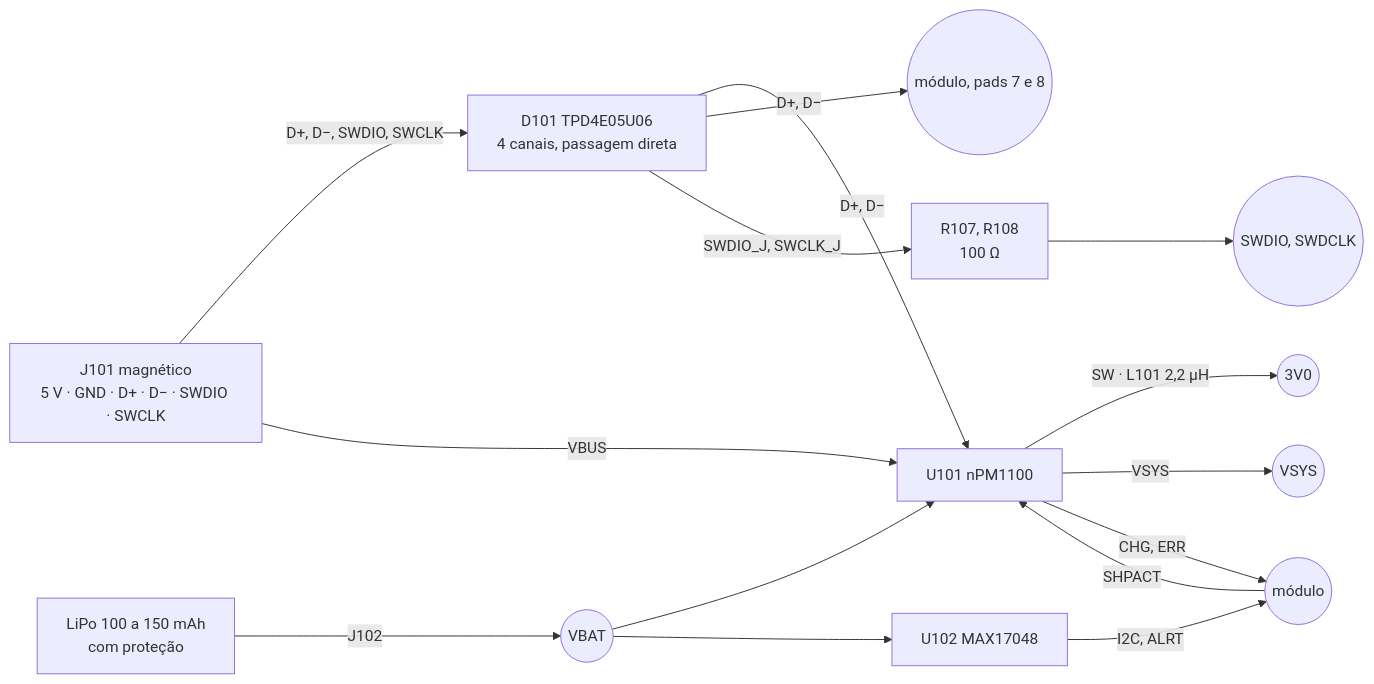
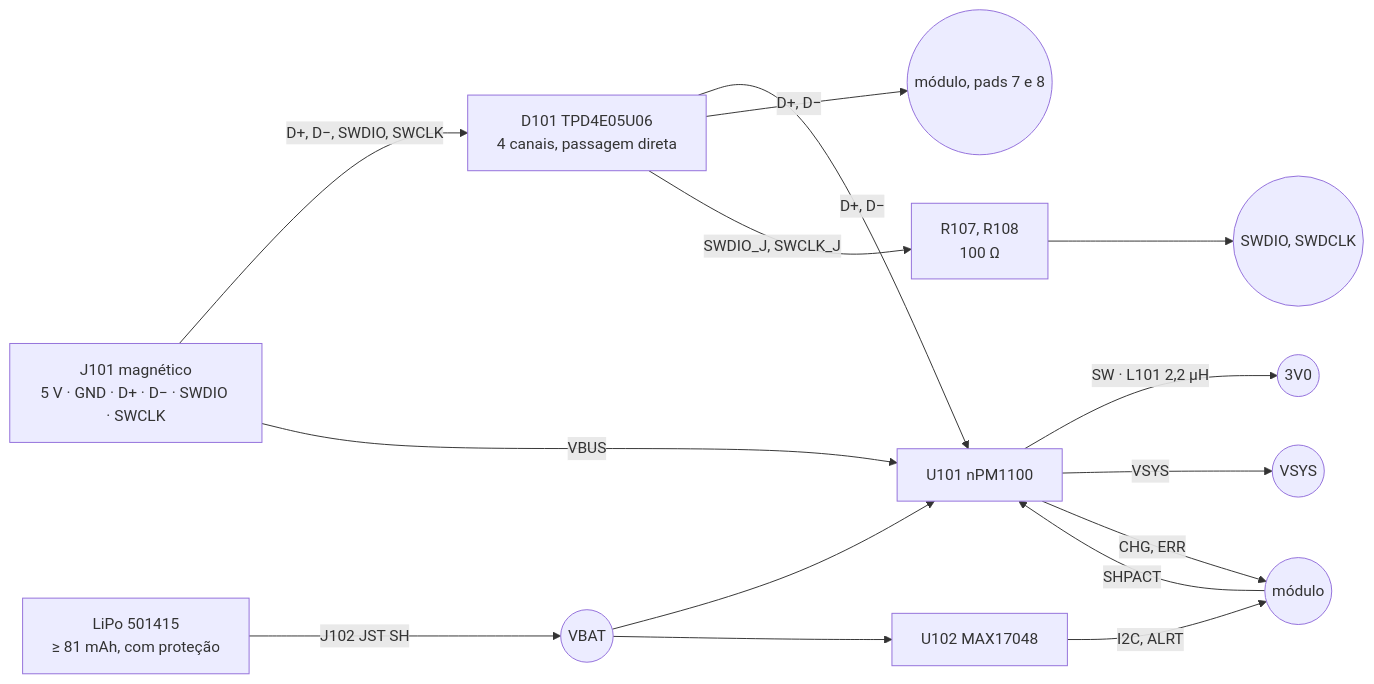
Before and after one commit to Guiimartinho/bike-powermeter: the second of 5 diagrams in hardware_powermeter/02-esquematico.md, drawn with Mermaid. The commit also changed 15 other files, not shown here.

````diff
--- a/hardware_powermeter/02-esquematico.md
+++ b/hardware_powermeter/02-esquematico.md
@@ -77,18 +77,18 @@
 ```mermaid
 flowchart LR
     CON["J101 magnético<br/>5 V · GND · D+ · D− · SWDIO · SWCLK"]
     TVS["D101 TPD4E05U06<br/>4 canais, passagem direta"]
     CON -->|"D+, D−, SWDIO, SWCLK"| TVS
     CON -->|"VBUS"| NPM["U101 nPM1100"]
     TVS -->|"D+, D−"| NPM
     TVS -->|"D+, D−"| MOD(("módulo, pads 7 e 8"))
     TVS -->|"SWDIO_J, SWCLK_J"| RS["R107, R108<br/>100 Ω"] --> SWD(("SWDIO, SWDCLK"))
-    CELL["LiPo 100 a 150 mAh<br/>com proteção"] -->|"J102"| VBAT(("VBAT"))
+    CELL["LiPo 501415<br/>≥ 81 mAh, com proteção"] -->|"J102 JST SH"| VBAT(("VBAT"))
     VBAT --> NPM
     VBAT --> GAUGE["U102 MAX17048"]
     NPM -->|"SW · L101 2,2 µH"| R3V0(("3V0"))
     NPM -->|"VSYS"| VSYS(("VSYS"))
     NPM -->|"CHG, ERR"| MCU(("módulo"))
     MCU -->|"SHPACT"| NPM
     GAUGE -->|"I2C, ALRT"| MCU
 ```
````
